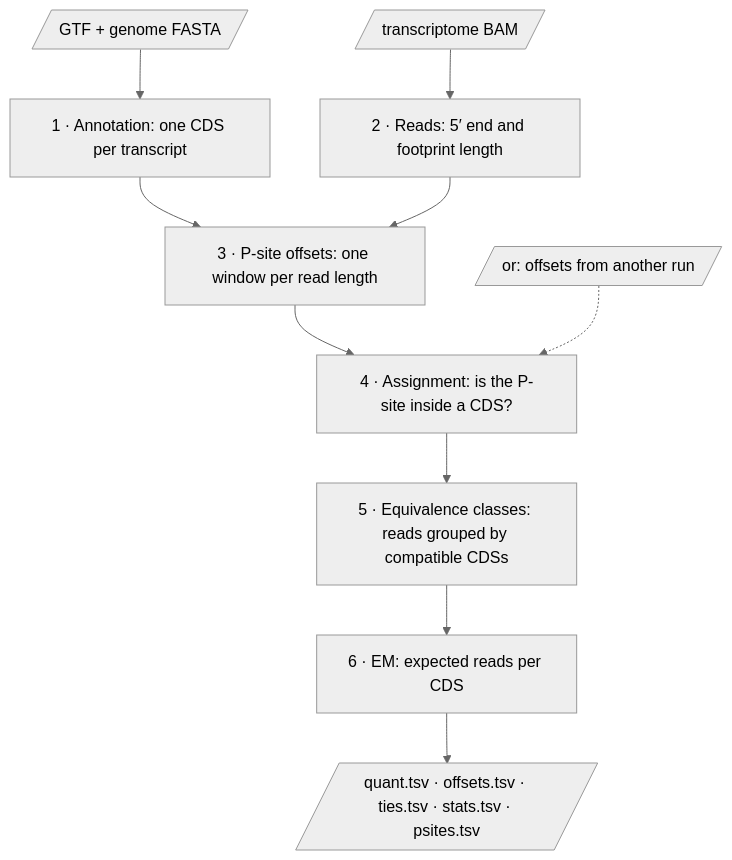
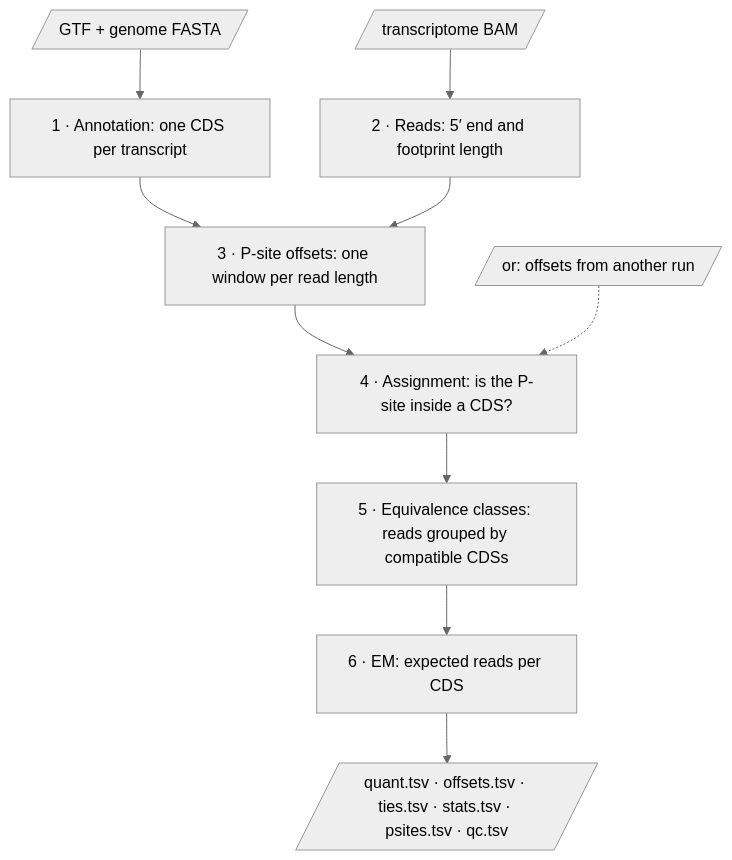
The diagram in docs/method.md (katarinagresova/ribokit), drawn with Mermaid (neutral theme) before and after one commit. The commit also changed other lines of this file and 4 other files, not shown here.

Commit message:
quant: qc.tsv, reads per read length, P-site region and 5' end phase, every read once

````diff
--- a/docs/method.md
+++ b/docs/method.md
@@ -22,12 +22,12 @@
 ```mermaid
 flowchart TB
     gtf[/"GTF + genome FASTA"/] --> anno["1 · Annotation: one CDS per transcript"]
     bam[/"transcriptome BAM"/] --> reads["2 · Reads: 5′ end and footprint length"]
     anno --> off["3 · P-site offsets: one window per read length"]
     reads --> off
     off --> assign["4 · Assignment: is the P-site inside a CDS?"]
     given[/"or: offsets from another run"/] -.-> assign
     assign --> ec["5 · Equivalence classes: reads grouped by compatible CDSs"]
     ec --> em["6 · EM: expected reads per CDS"]
-    em --> out[/"quant.tsv · offsets.tsv · ties.tsv · stats.tsv · psites.tsv"/]
+    em --> out[/"quant.tsv · offsets.tsv · ties.tsv · stats.tsv · psites.tsv · qc.tsv"/]
 ```
````
